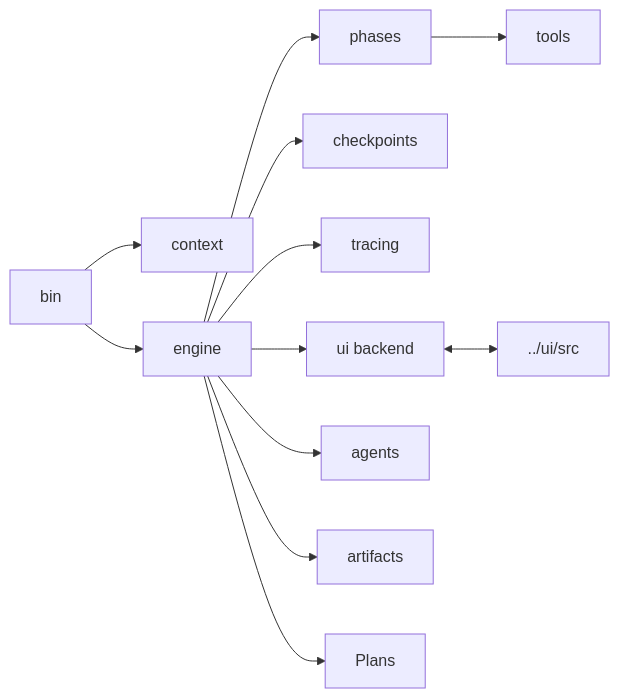
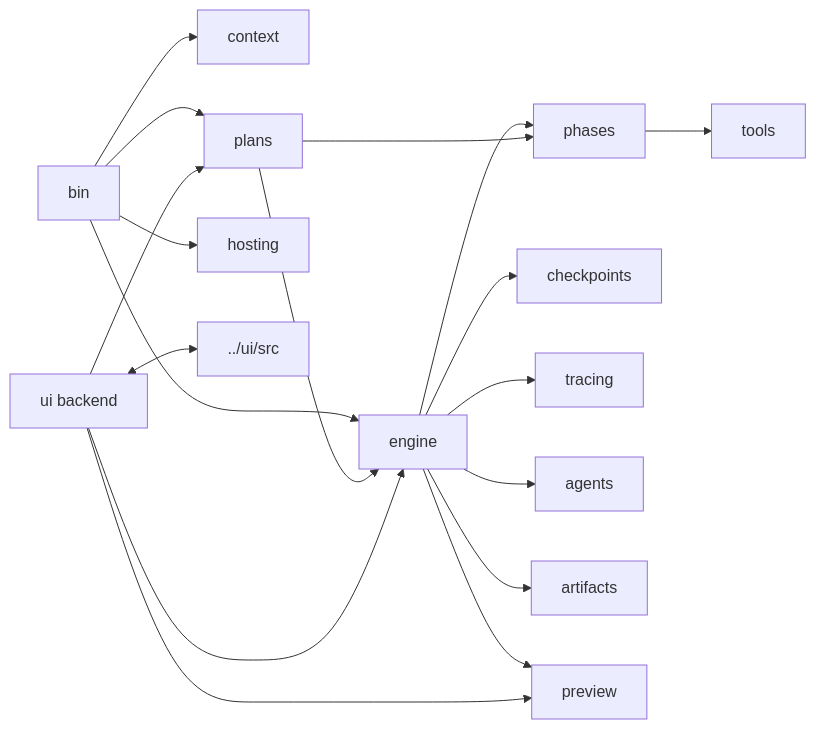
Before and after one commit to thisisyoussef/shipyard: the diagram in shipyard/src/README.md, drawn with Mermaid. The commit also changed other lines of this file and 21 other files, not shown here.

First line of the commit message:
docs: refresh runtime architecture guides

````diff
--- a/shipyard/src/README.md
+++ b/shipyard/src/README.md
@@ -24,26 +27,35 @@
 ```mermaid
 flowchart LR
   Bin["bin"]
   Context["context"]
   Engine["engine"]
+  Plans["plans"]
   Phases["phases"]
   Tools["tools"]
   Checkpoints["checkpoints"]
   Tracing["tracing"]
-  Ui["ui backend"]
-  Frontend["../ui/src"]
   Agents["agents"]
   Artifacts["artifacts"]
+  Preview["preview"]
+  Hosting["hosting"]
+  UiBackend["ui backend"]
+  Frontend["../ui/src"]
 
   Bin --> Context
   Bin --> Engine
+  Bin --> Plans
+  Bin --> Hosting
   Engine --> Phases
-  Engine --> Plans
-  Phases --> Tools
+  Engine --> Agents
+  Engine --> Artifacts
   Engine --> Checkpoints
   Engine --> Tracing
-  Engine --> Ui
-  Ui <--> Frontend
-  Engine --> Agents
-  Engine --> Artifacts
+  Engine --> Preview
+  Plans --> Engine
+  Plans --> Phases
+  Phases --> Tools
+  UiBackend --> Engine
+  UiBackend --> Plans
+  UiBackend --> Preview
+  UiBackend <--> Frontend
 ```
````
